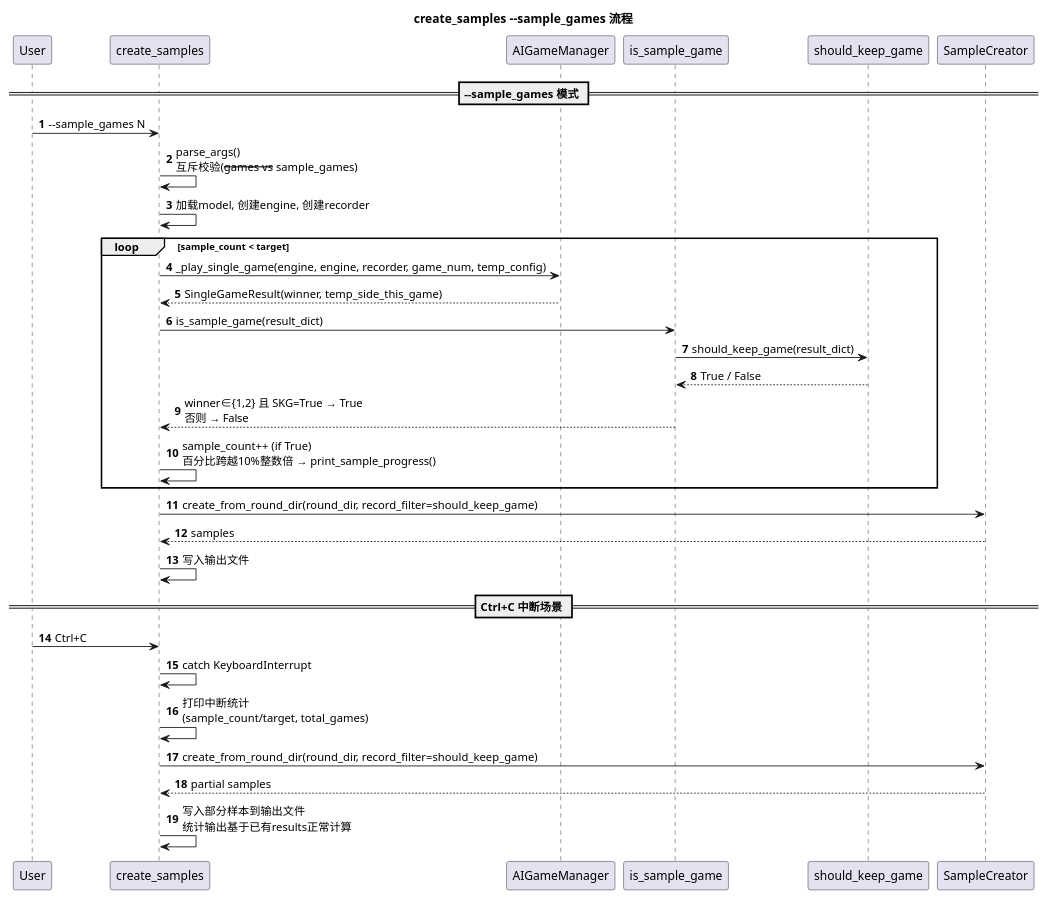
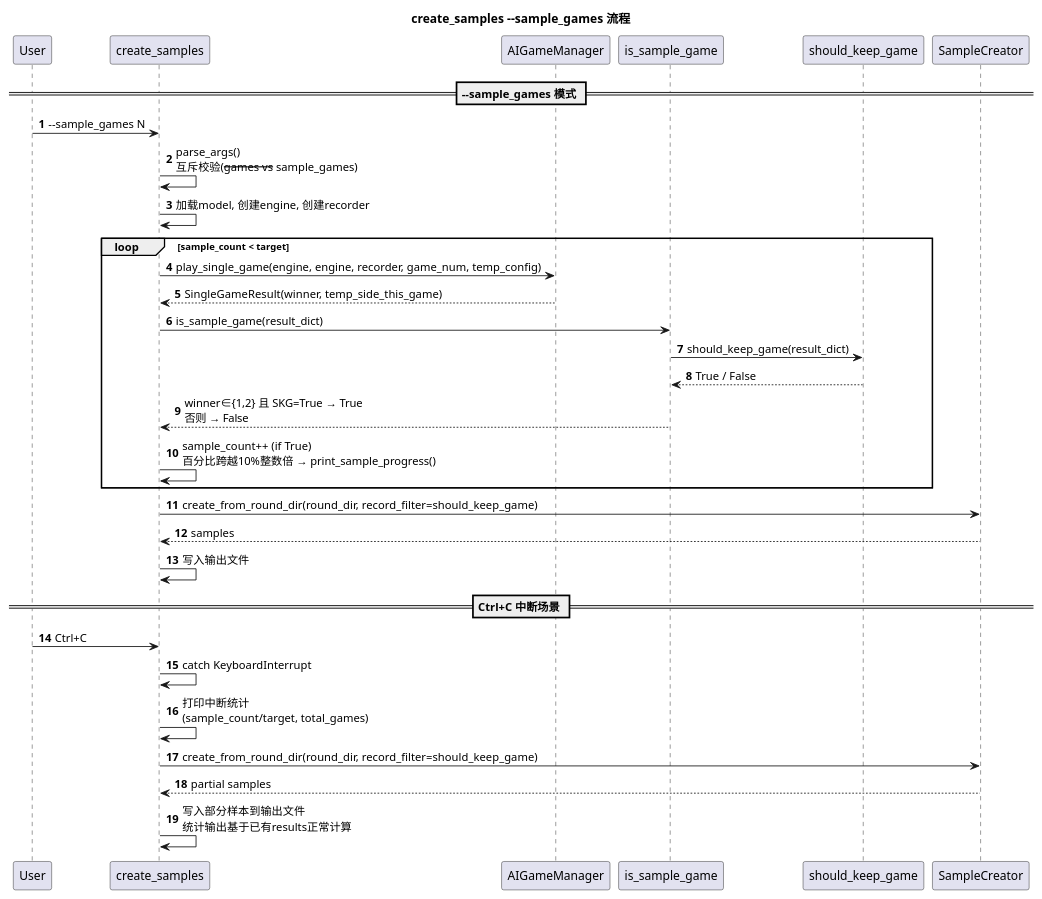
The diagram in design/3/sample_games_flow.puml (nanhao/gomoku), drawn with PlantUML before and after one commit. The commit also changed 7 other files, not shown here.

```diff
--- a/design/3/sample_games_flow.puml
+++ b/design/3/sample_games_flow.puml
@@ -1,42 +1,42 @@
 @startuml sample_games_flow
 title create_samples --sample_games 流程
 
 autonumber
 
 participant "User" as U
 participant "create_samples" as CS
 participant "AIGameManager" as AGM
 participant "is_sample_game" as ISG
 participant "should_keep_game" as SKG
 participant "SampleCreator" as SC
 
 == --sample_games 模式 ==
 
 U -> CS: --sample_games N
 CS -> CS: parse_args()\n互斥校验(--games vs --sample_games)
 CS -> CS: 加载model, 创建engine, 创建recorder
 
 loop sample_count < target
-    CS -> AGM: _play_single_game(engine, engine, recorder, game_num, temp_config)
+    CS -> AGM: play_single_game(engine, engine, recorder, game_num, temp_config)
     AGM --> CS: SingleGameResult(winner, temp_side_this_game)
     CS -> ISG: is_sample_game(result_dict)
     ISG -> SKG: should_keep_game(result_dict)
     SKG --> ISG: True / False
     ISG --> CS: winner∈{1,2} 且 SKG=True → True\n否则 → False
     CS -> CS: sample_count++ (if True)\n百分比跨越10%整数倍 → print_sample_progress()
 end
 
 CS -> SC: create_from_round_dir(round_dir, record_filter=should_keep_game)
 SC --> CS: samples
 CS -> CS: 写入输出文件
 
 == Ctrl+C 中断场景 ==
 
 U -> CS: Ctrl+C
 CS -> CS: catch KeyboardInterrupt
 CS -> CS: 打印中断统计\n(sample_count/target, total_games)
 CS -> SC: create_from_round_dir(round_dir, record_filter=should_keep_game)
 SC --> CS: partial samples
 CS -> CS: 写入部分样本到输出文件\n统计输出基于已有results正常计算
 
 @enduml
```
